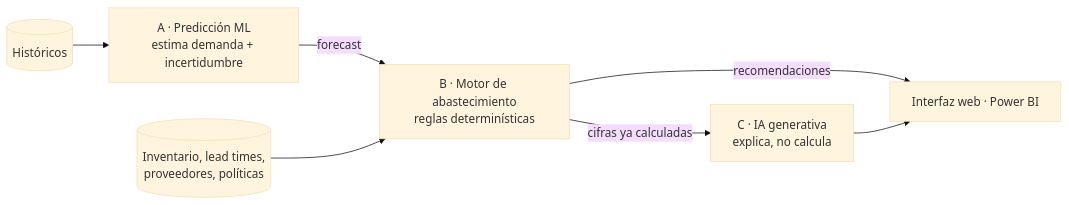
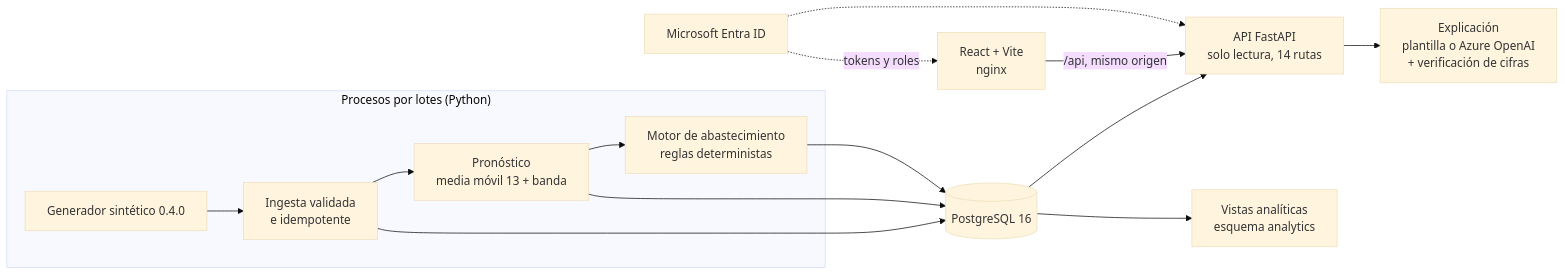
Before and after one commit to daniel02vazquez97-alt/G19X-ITH-DVT-209-ACADEMIC: the diagram in README.md, drawn with Mermaid (base theme). The commit also changed other lines of this file and 13 other files, not shown here.

````diff
--- a/README.md
+++ b/README.md
@@ -39,9 +91,17 @@
 ```mermaid
 flowchart LR
-    H[(Históricos)] --> A[A · Predicción ML<br/>estima demanda + incertidumbre]
-    A -->|forecast| B[B · Motor de abastecimiento<br/>reglas determinísticas]
-    I[(Inventario, lead times,<br/>proveedores, políticas)] --> B
-    B -->|recomendaciones| U[Interfaz web · Power BI]
-    B -->|cifras ya calculadas| C[C · IA generativa<br/>explica, no calcula]
-    C --> U
+    subgraph Lotes["Procesos por lotes (Python)"]
+        G[Generador sintético 0.4.0] --> I[Ingesta validada<br/>e idempotente]
+        I --> F[Pronóstico<br/>media móvil 13 + banda]
+        F --> R[Motor de abastecimiento<br/>reglas deterministas]
+    end
+    I --> DB[(PostgreSQL 16)]
+    F --> DB
+    R --> DB
+    DB --> API[API FastAPI<br/>solo lectura, 14 rutas]
+    API --> X[Explicación<br/>plantilla o Azure OpenAI<br/>+ verificación de cifras]
+    UI[React + Vite<br/>nginx] -->|/api, mismo origen| API
+    E[Microsoft Entra ID] -.->|tokens y roles| UI
+    E -.-> API
+    DB --> BI[Vistas analíticas<br/>esquema analytics]
 ```
````
